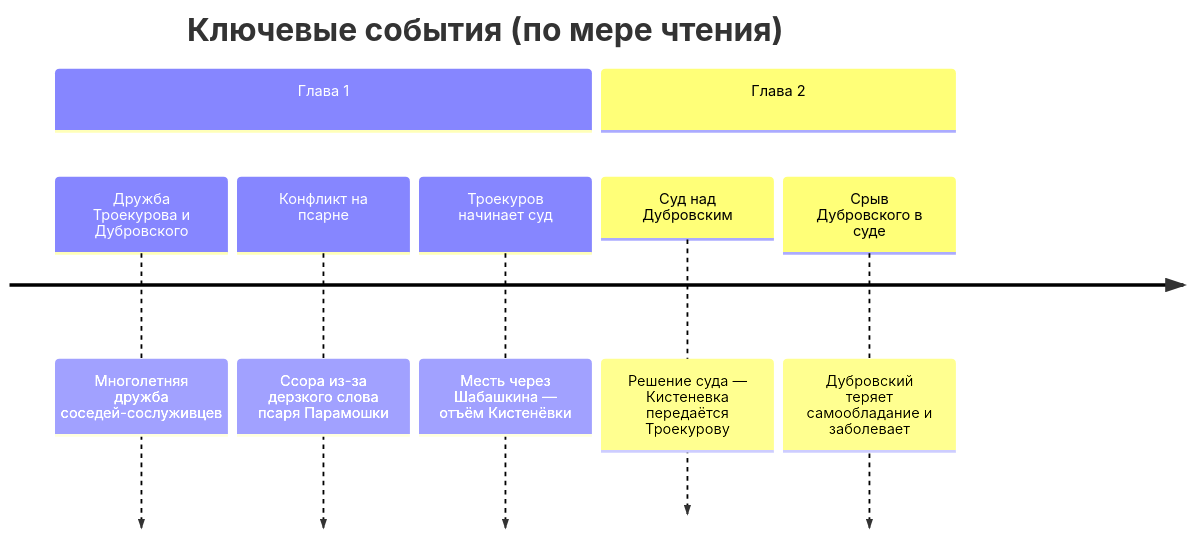
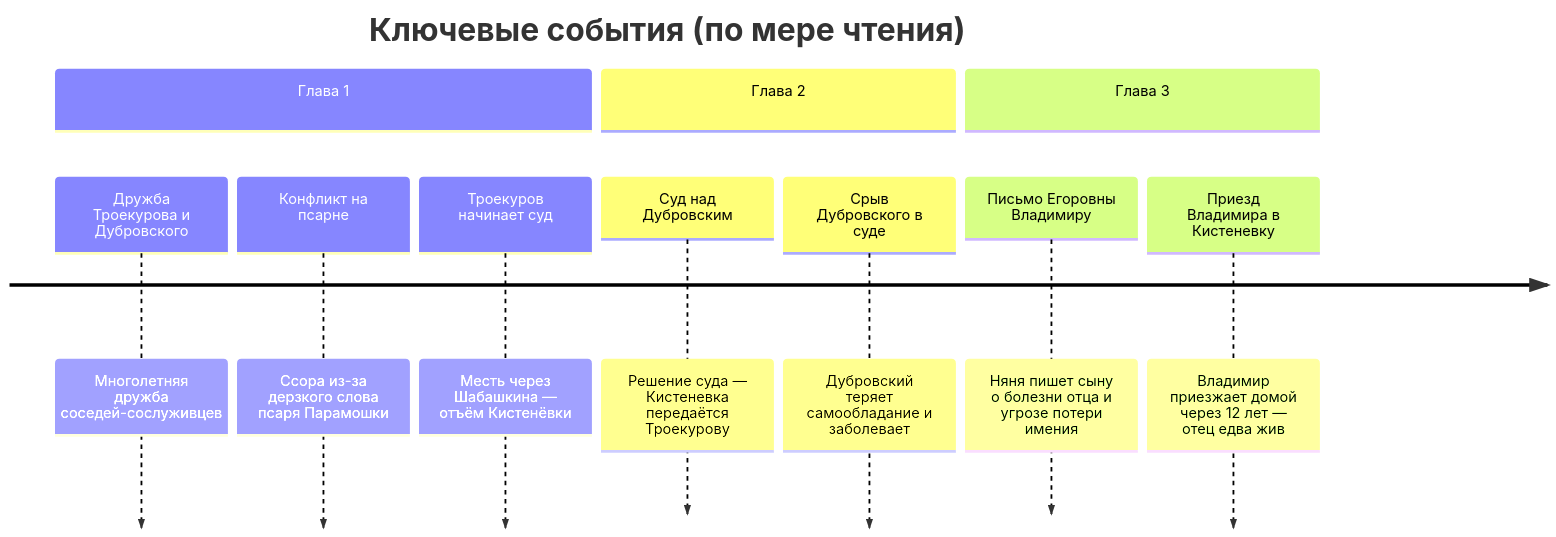
Before and after one commit to pasha-school/books-assist: the diagram in Книги/Дубровский - Пушкин/index.md, drawn with Mermaid. The commit also changed other lines of this file and 13 other files, not shown here.

````diff
--- a/Книги/Дубровский - Пушкин/index.md
+++ b/Книги/Дубровский - Пушкин/index.md
@@ -53,11 +53,14 @@
 ```mermaid
 timeline
     title Ключевые события (по мере чтения)
     section Глава 1
         Дружба Троекурова и Дубровского : Многолетняя дружба соседей-сослуживцев
         Конфликт на псарне : Ссора из-за дерзкого слова псаря Парамошки
         Троекуров начинает суд : Месть через Шабашкина — отъём Кистенёвки
     section Глава 2
         Суд над Дубровским : Решение суда — Кистеневка передаётся Троекурову
         Срыв Дубровского в суде : Дубровский теряет самообладание и заболевает
+    section Глава 3
+        Письмо Егоровны Владимиру : Няня пишет сыну о болезни отца и угрозе потери имения
+        Приезд Владимира в Кистеневку : Владимир приезжает домой через 12 лет — отец едва жив
 ```
````
